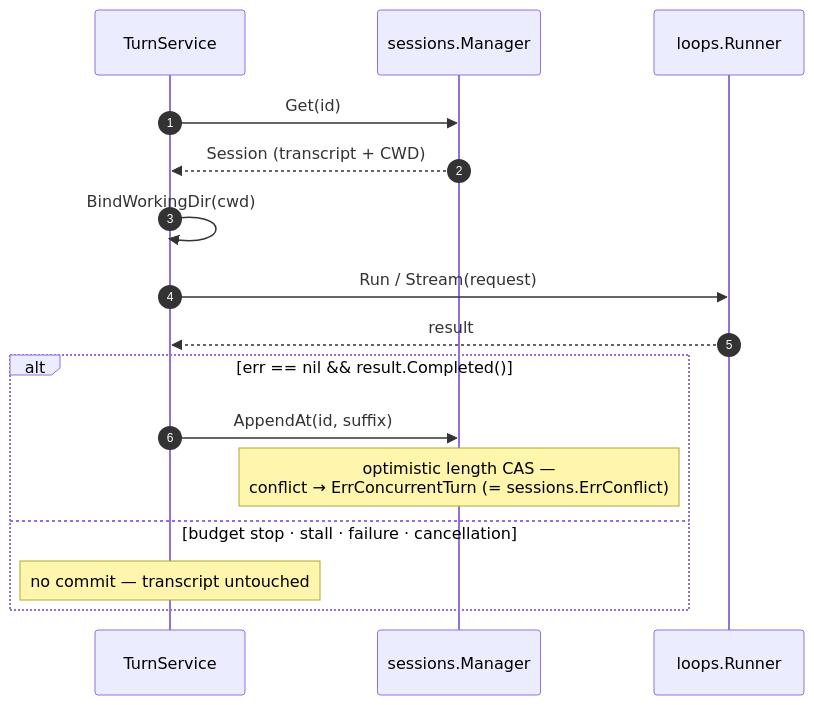
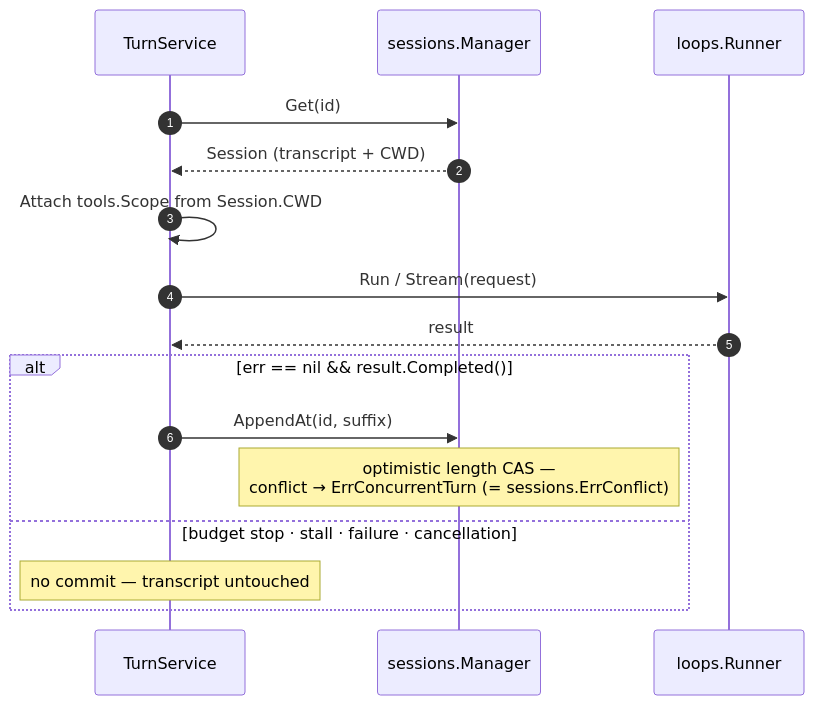
One commit to h2cone/serpe changed the third of 3 diagrams in README.md. Above: the diagram before and after it, drawn with Mermaid. The commit also changed other lines of this file and 36 other files, not shown here.

````diff
--- a/README.md
+++ b/README.md
@@ -287,20 +284,20 @@
 ```mermaid
 sequenceDiagram
     autonumber
     participant C as TurnService
     participant S as sessions.Manager
     participant R as loops.Runner
 
     C->>S: Get(id)
     S-->>C: Session (transcript + CWD)
-    C->>C: BindWorkingDir(cwd)
+    C->>C: Attach tools.Scope from Session.CWD
     C->>R: Run / Stream(request)
     R-->>C: result
 
     alt err == nil && result.Completed()
         C->>S: AppendAt(id, suffix)
         Note over S: optimistic length CAS —<br/>conflict → ErrConcurrentTurn (= sessions.ErrConflict)
     else budget stop · stall · failure · cancellation
         Note over C: no commit — transcript untouched
     end
 ```
````
